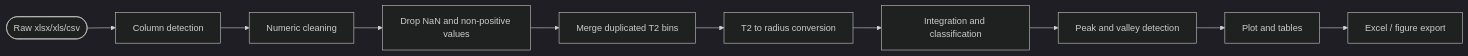
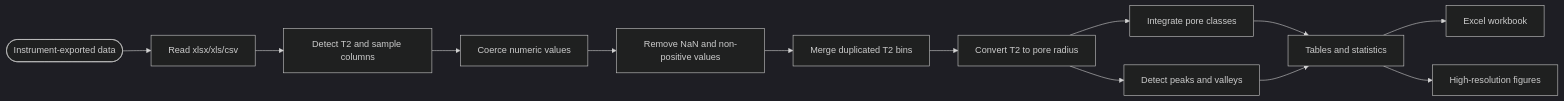
The second of 2 diagrams in README.md (liqinglq666/NMR-Pore-Analyzer), drawn with Mermaid (dark theme) before and after one commit. The commit also changed other lines of this file, not shown here.

````diff
--- a/README.md
+++ b/README.md
@@ -106,12 +239,15 @@
 ```mermaid
 flowchart LR
-    A([Raw xlsx/xls/csv]) --> B[Column detection]
-    B --> C[Numeric cleaning]
-    C --> D[Drop NaN and non-positive values]
-    D --> E[Merge duplicated T2 bins]
-    E --> F[T2 to radius conversion]
-    F --> G[Integration and classification]
-    G --> H[Peak and valley detection]
-    H --> I[Plot and tables]
-    I --> J[Excel / figure export]
+    A([Instrument-exported data]) --> B[Read xlsx/xls/csv]
+    B --> C[Detect T2 and sample columns]
+    C --> D[Coerce numeric values]
+    D --> E[Remove NaN and non-positive values]
+    E --> F[Merge duplicated T2 bins]
+    F --> G[Convert T2 to pore radius]
+    G --> H[Integrate pore classes]
+    G --> I[Detect peaks and valleys]
+    H --> J[Tables and statistics]
+    I --> J
+    J --> K[Excel workbook]
+    J --> L[High-resolution figures]
 ```
````
